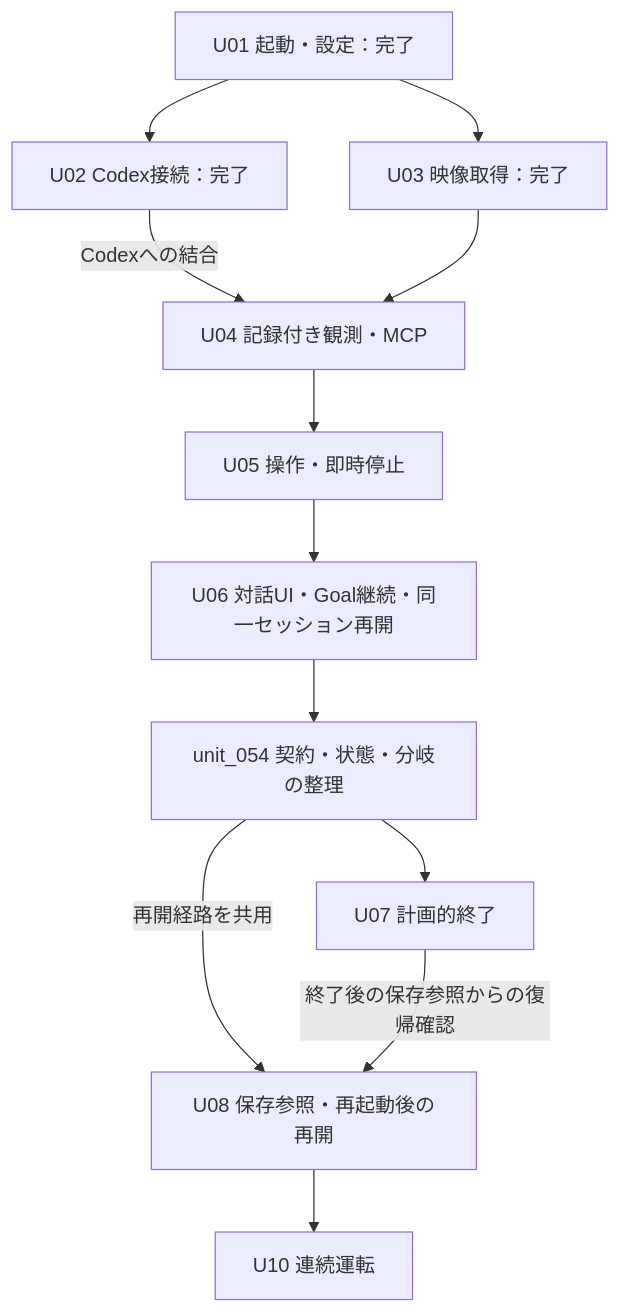
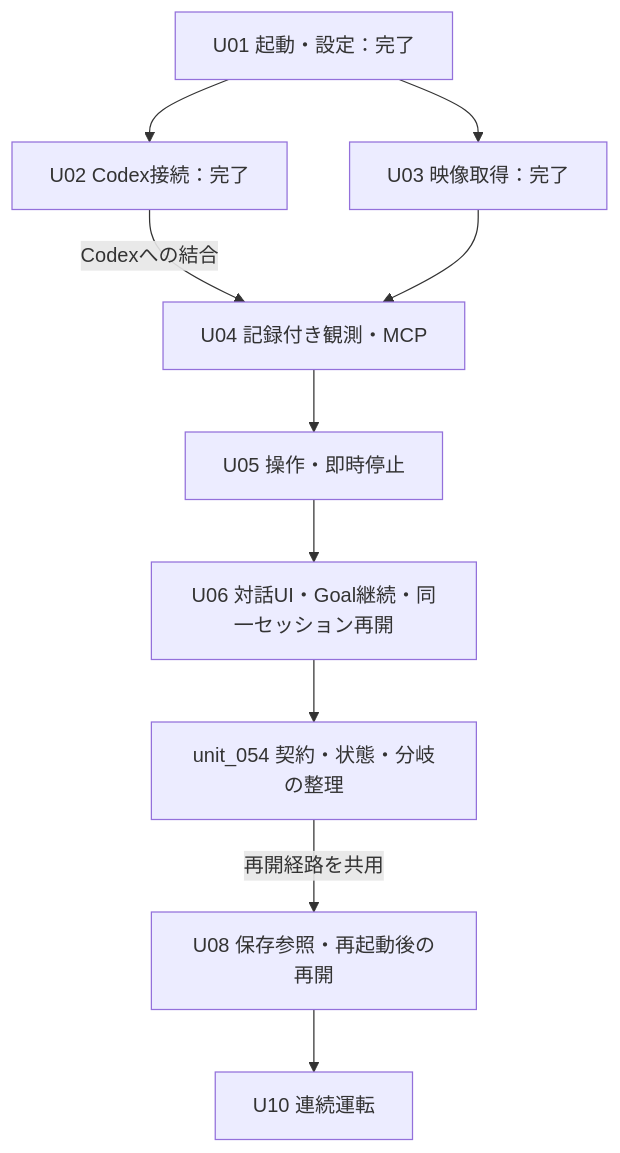
One commit to niart120/Project_Gigas changed the diagram in spec/initial/05-implementation.md. Above: the diagram before and after it, drawn with Mermaid. The commit also changed other lines of this file and 16 other files, not shown here.

````diff
--- a/spec/initial/05-implementation.md
+++ b/spec/initial/05-implementation.md
@@ -55,14 +55,12 @@
 ```mermaid
 flowchart TD
     U01["U01 起動・設定：完了"] --> U02["U02 Codex接続：完了"]
     U01 --> U03["U03 映像取得：完了"]
     U02 -->|"Codexへの結合"| U04["U04 記録付き観測・MCP"]
     U03 --> U04
     U04 --> U05["U05 操作・即時停止"]
     U05 --> U06["U06 対話UI・Goal継続・同一セッション再開"]
     U06 --> K["unit_054 契約・状態・分岐の整理"]
-    K --> U07["U07 計画的終了"]
     K -->|"再開経路を共用"| U08["U08 保存参照・再起動後の再開"]
-    U07 -->|"終了後の保存参照からの復帰確認"| U08
     U08 --> U10["U10 連続運転"]
 ```
````
